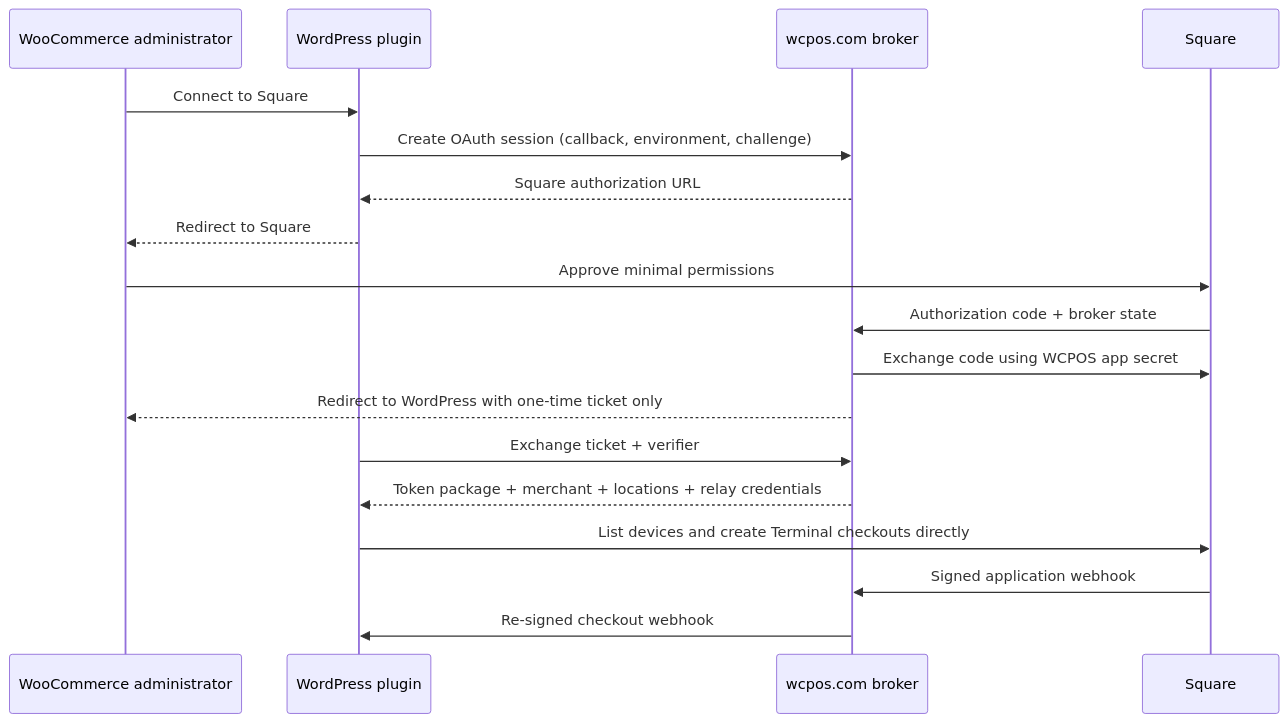
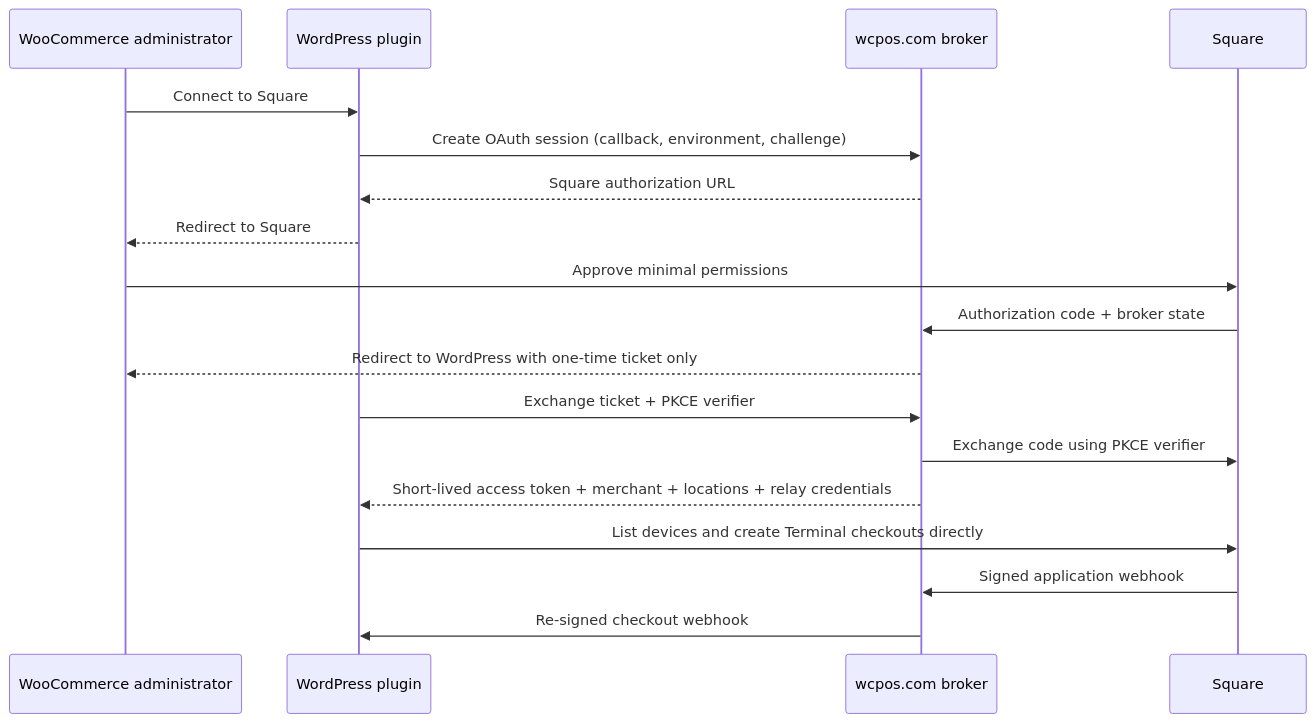
Before and after one commit to wcpos/square-terminal-for-woocommerce: the diagram in docs/superpowers/specs/2026-07-21-square-oauth-device-onboarding-design.md, drawn with Mermaid. The commit also changed other lines of this file and 1 other file, not shown here.

````diff
--- a/docs/superpowers/specs/2026-07-21-square-oauth-device-onboarding-design.md
+++ b/docs/superpowers/specs/2026-07-21-square-oauth-device-onboarding-design.md
@@ -96,21 +98,21 @@
 ```mermaid
 sequenceDiagram
     participant A as WooCommerce administrator
     participant P as WordPress plugin
     participant B as wcpos.com broker
     participant S as Square
 
     A->>P: Connect to Square
     P->>B: Create OAuth session (callback, environment, challenge)
     B-->>P: Square authorization URL
     P-->>A: Redirect to Square
     A->>S: Approve minimal permissions
     S->>B: Authorization code + broker state
-    B->>S: Exchange code using WCPOS app secret
     B-->>A: Redirect to WordPress with one-time ticket only
-    P->>B: Exchange ticket + verifier
-    B-->>P: Token package + merchant + locations + relay credentials
+    P->>B: Exchange ticket + PKCE verifier
+    B->>S: Exchange code using PKCE verifier
+    B-->>P: Short-lived access token + merchant + locations + relay credentials
     P->>S: List devices and create Terminal checkouts directly
     S->>B: Signed application webhook
     B->>P: Re-signed checkout webhook
 ```
````
